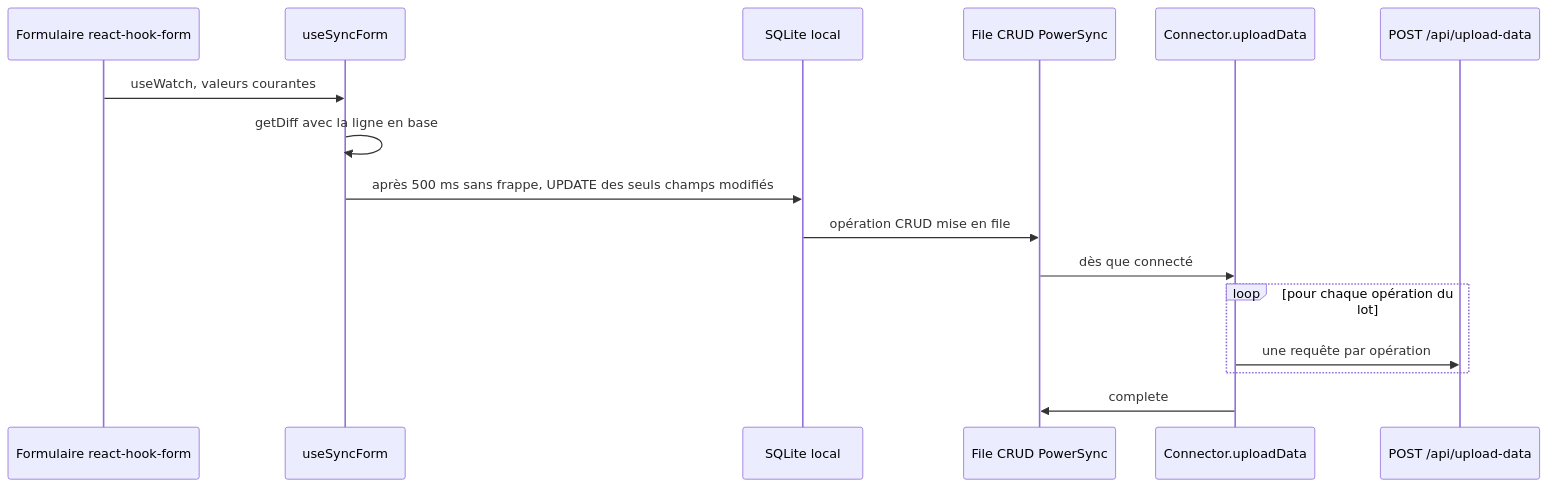
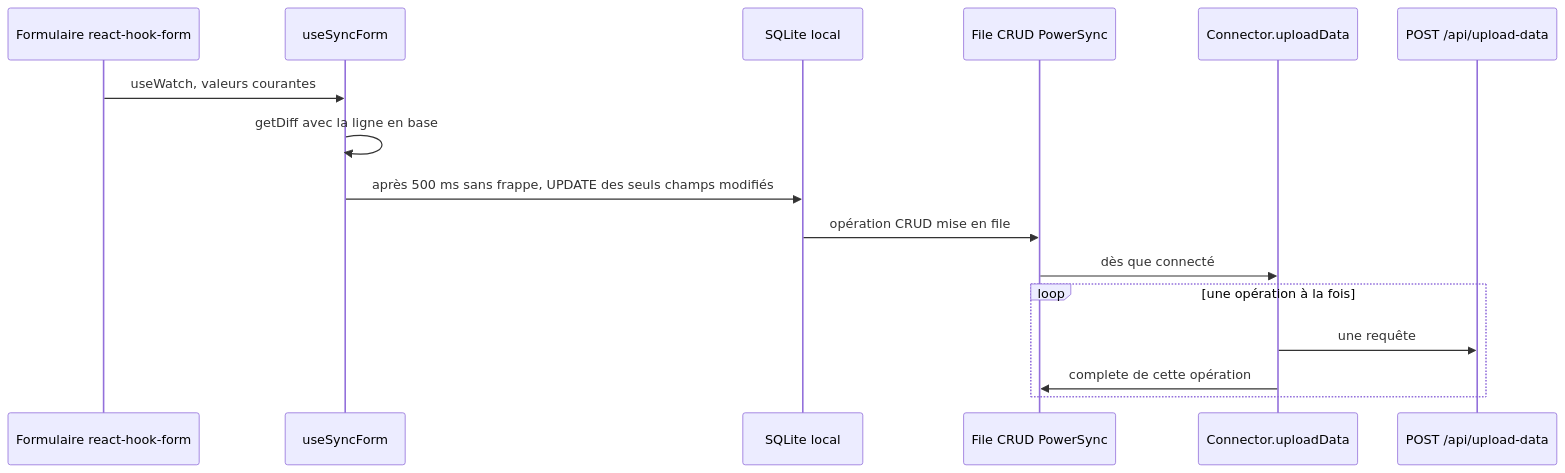
The fourth of 6 diagrams in docs/03-frontend-pwa.md (betagouv/patrinotes), drawn with Mermaid before and after one commit. The commit also changed other lines of this file and 18 other files, not shown here.

````diff
--- a/docs/03-frontend-pwa.md
+++ b/docs/03-frontend-pwa.md
@@ -284,18 +285,18 @@
 ```mermaid
 sequenceDiagram
     participant Form as Formulaire react-hook-form
     participant Sync as useSyncForm
     participant DB as SQLite local
     participant Q as File CRUD PowerSync
     participant C as Connector.uploadData
     participant API as POST /api/upload-data
     Form->>Sync: useWatch, valeurs courantes
     Sync->>Sync: getDiff avec la ligne en base
     Sync->>DB: après 500 ms sans frappe, UPDATE des seuls champs modifiés
     DB->>Q: opération CRUD mise en file
     Q->>C: dès que connecté
-    loop pour chaque opération du lot
-        C->>API: une requête par opération
+    loop une opération à la fois
+        C->>API: une requête
+        C->>Q: complete de cette opération
     end
-    C->>Q: complete
 ```
````
